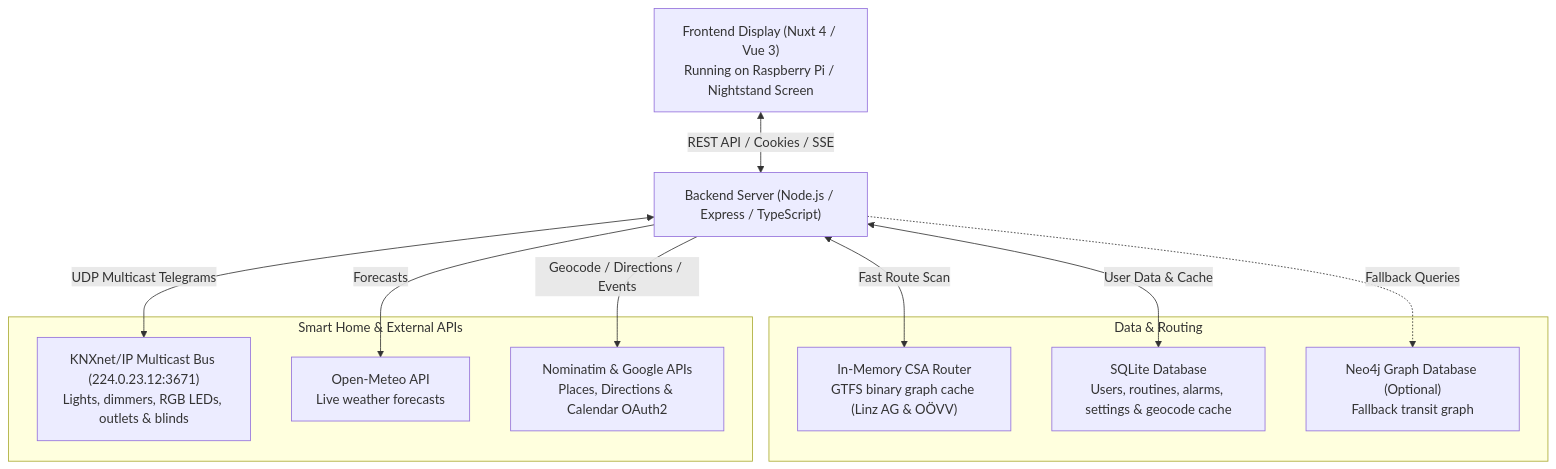
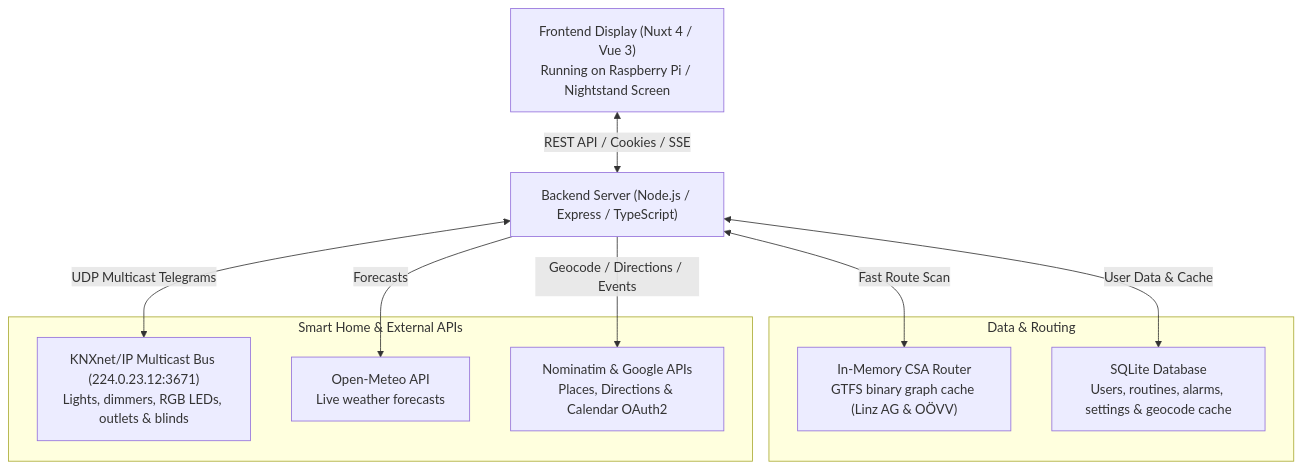
Before and after one commit to adirnberger-htl/smarthub: the diagram in README.md, drawn with Mermaid. The commit also changed other lines of this file and 24 other files, not shown here.

Commit message:
Remove Neo4j database and legacy routing code

````diff
--- a/README.md
+++ b/README.md
@@ -39,25 +38,23 @@
 ```mermaid
 flowchart TD
     Browser["Frontend Display (Nuxt 4 / Vue 3)\nRunning on Raspberry Pi / Nightstand Screen"]
     Backend["Backend Server (Node.js / Express / TypeScript)"]
 
     subgraph Data & Routing
         CSA["In-Memory CSA Router\nGTFS binary graph cache (Linz AG & OÖVV)"]
         SQLite["SQLite Database\nUsers, routines, alarms, settings & geocode cache"]
-        Neo4j["Neo4j Graph Database (Optional)\nFallback transit graph"]
     end
 
     subgraph Smart Home & External APIs
         KNX["KNXnet/IP Multicast Bus (224.0.23.12:3671)\nLights, dimmers, RGB LEDs, outlets & blinds"]
         OpenMeteo["Open-Meteo API\nLive weather forecasts"]
         Geocoding["Nominatim & Google APIs\nPlaces, Directions & Calendar OAuth2"]
     end
 
     Browser <-->|REST API / Cookies / SSE| Backend
     Backend <-->|Fast Route Scan| CSA
     Backend <-->|User Data & Cache| SQLite
-    Backend -.->|Fallback Queries| Neo4j
     Backend <-->|UDP Multicast Telegrams| KNX
     Backend -->|Forecasts| OpenMeteo
     Backend -->|Geocode / Directions / Events| Geocoding
 ```
````
